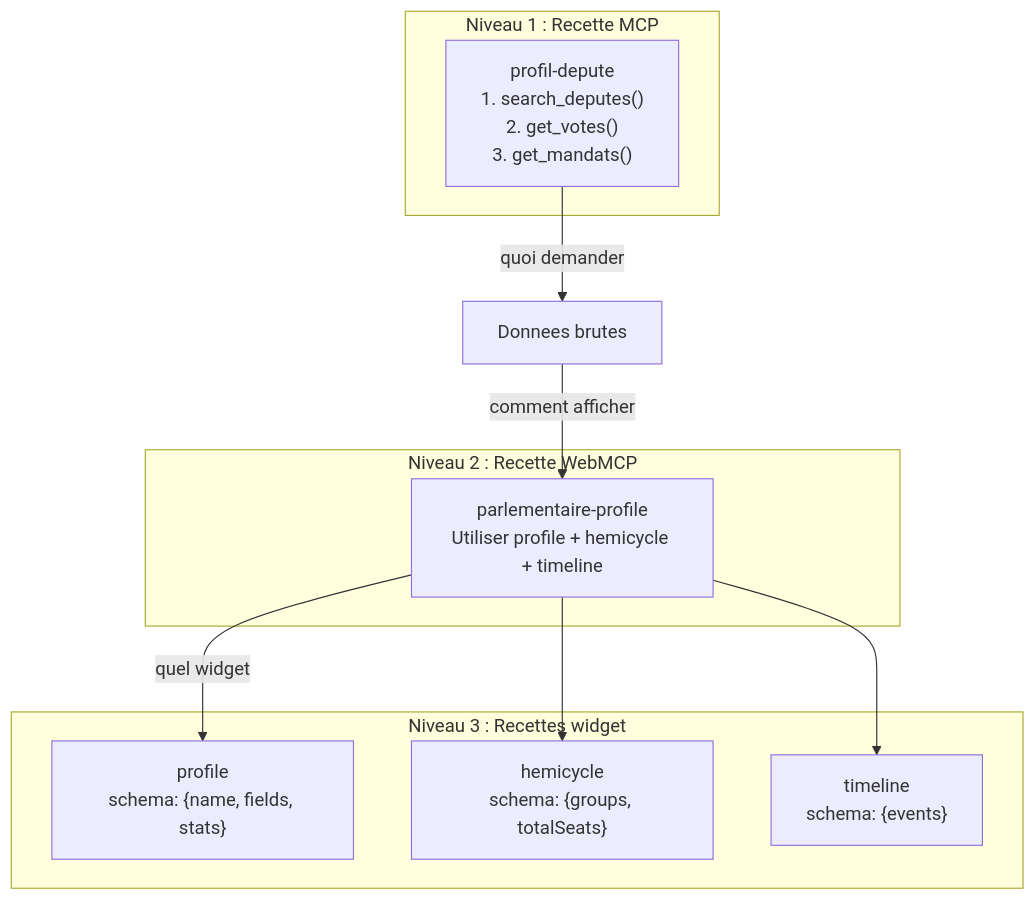
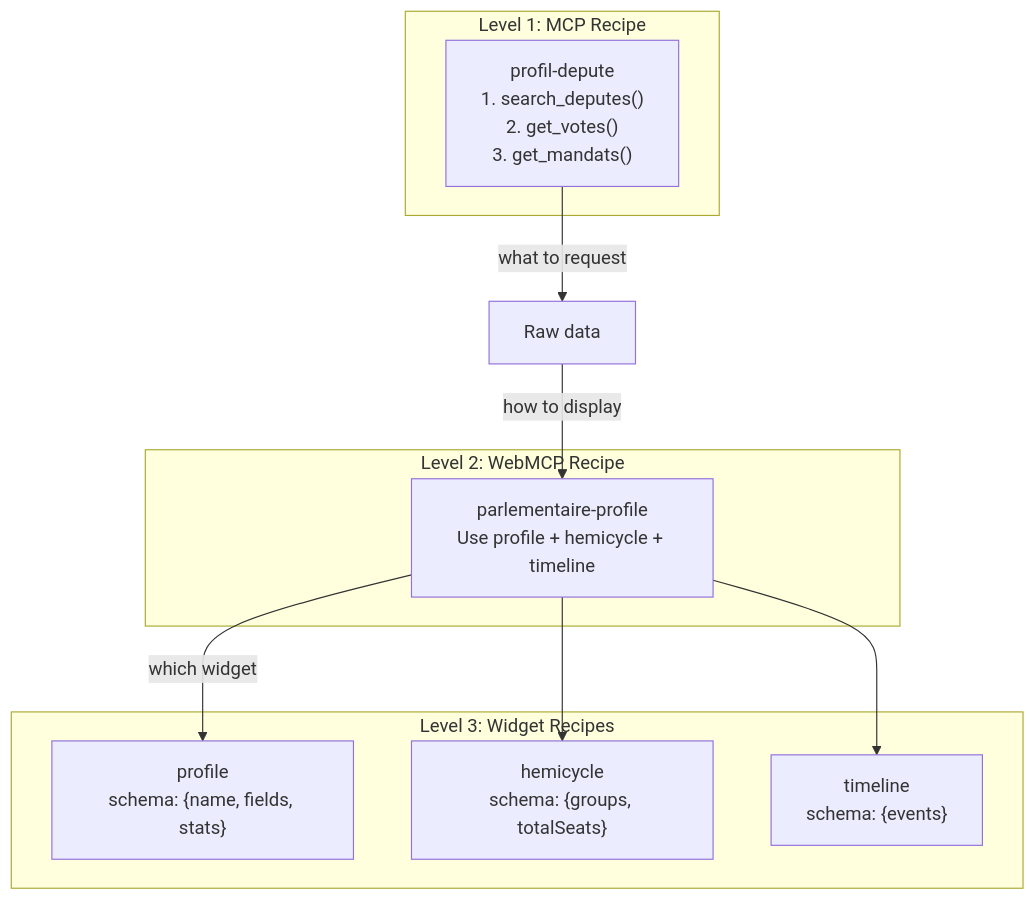
One commit to jeanbaptiste/webmcp-auto-ui changed the third of 4 diagrams in docs/starlight/src/content/docs/concepts/recipes.md. Above: the diagram before and after it, drawn with Mermaid. The commit also changed other lines of this file and 94 other files, not shown here.

````diff
--- a/docs/starlight/src/content/docs/concepts/recipes.md
+++ b/docs/starlight/src/content/docs/concepts/recipes.md
@@ -297,22 +297,22 @@
 ```mermaid
 graph TD
-    subgraph "Niveau 1 : Recette MCP"
+    subgraph "Level 1: MCP Recipe"
         MR["profil-depute<br/>1. search_deputes()<br/>2. get_votes()<br/>3. get_mandats()"]
     end
 
-    subgraph "Niveau 2 : Recette WebMCP"
-        WR["parlementaire-profile<br/>Utiliser profile + hemicycle + timeline"]
+    subgraph "Level 2: WebMCP Recipe"
+        WR["parlementaire-profile<br/>Use profile + hemicycle + timeline"]
     end
 
-    subgraph "Niveau 3 : Recettes widget"
+    subgraph "Level 3: Widget Recipes"
         R1["profile<br/>schema: {name, fields, stats}"]
         R2["hemicycle<br/>schema: {groups, totalSeats}"]
         R3["timeline<br/>schema: {events}"]
     end
 
-    MR -->|"quoi demander"| DATA["Donnees brutes"]
-    DATA -->|"comment afficher"| WR
-    WR -->|"quel widget"| R1
+    MR -->|"what to request"| DATA["Raw data"]
+    DATA -->|"how to display"| WR
+    WR -->|"which widget"| R1
     WR --> R2
     WR --> R3
 ```
````
